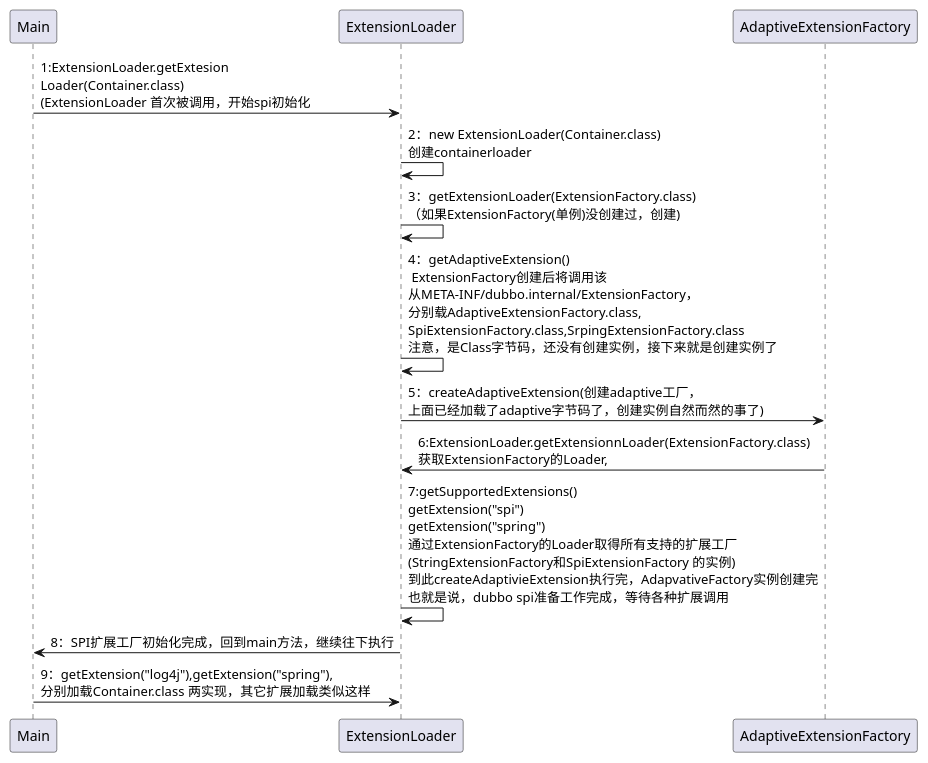
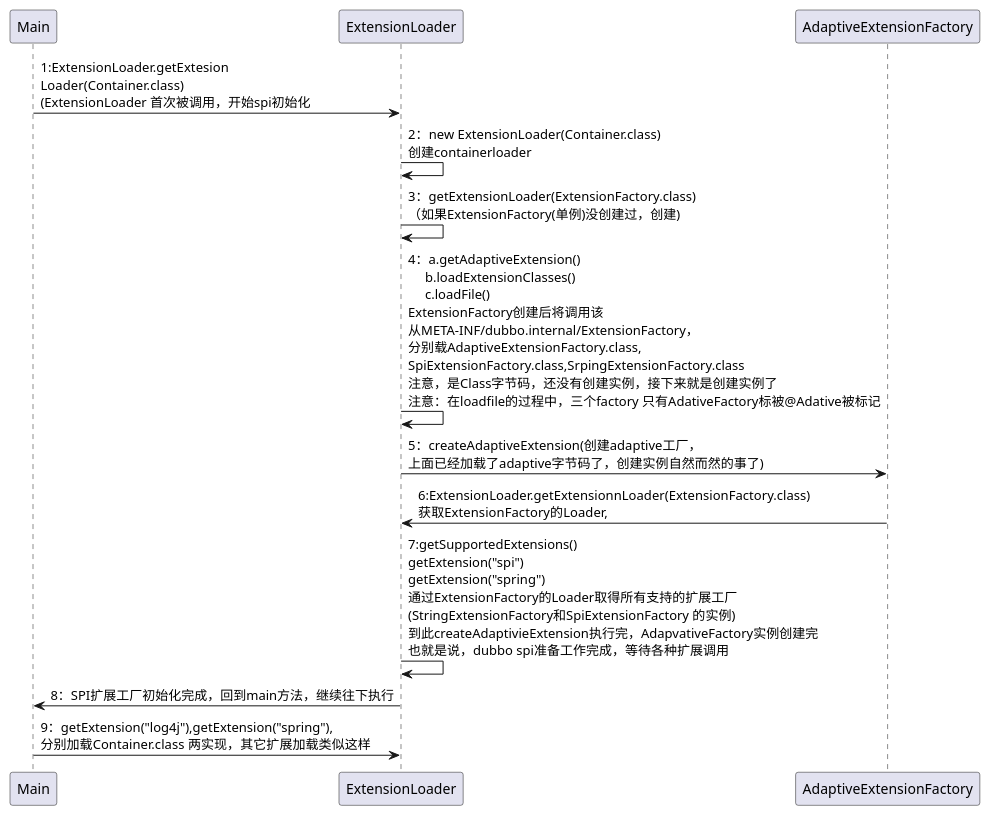
One commit to evefost/dubbo-parent changed the diagram in dubbo-demo/spi加载时序图.puml. Above: the diagram before and after it, drawn with PlantUML.

Commit message:
详解分析dubbo spi 加载程

```diff
--- a/dubbo-demo/spi加载时序图.puml
+++ b/dubbo-demo/spi加载时序图.puml
@@ -1,11 +1,11 @@
 @startuml
 Main-> ExtensionLoader:1:ExtensionLoader.getExtesion\nLoader(Container.class)\n(ExtensionLoader 首次被调用，开始spi初始化
 ExtensionLoader -> ExtensionLoader: 2：new ExtensionLoader(Container.class)\n创建containerloader
 ExtensionLoader -> ExtensionLoader: 3：getExtensionLoader(ExtensionFactory.class)\n（如果ExtensionFactory(单例)没创建过，创建)
-ExtensionLoader ->ExtensionLoader:4：getAdaptiveExtension()\n ExtensionFactory创建后将调用该\n从META-INF/dubbo.internal/ExtensionFactory，\n分别载AdaptiveExtensionFactory.class,\nSpiExtensionFactory.class,SrpingExtensionFactory.class\n注意，是Class字节码，还没有创建实例，接下来就是创建实例了
+ExtensionLoader ->ExtensionLoader:4：a.getAdaptiveExtension()\n     b.loadExtensionClasses()\n     c.loadFile()\nExtensionFactory创建后将调用该\n从META-INF/dubbo.internal/ExtensionFactory，\n分别载AdaptiveExtensionFactory.class,\nSpiExtensionFactory.class,SrpingExtensionFactory.class\n注意，是Class字节码，还没有创建实例，接下来就是创建实例了\n注意：在loadfile的过程中，三个factory 只有AdativeFactory标被@Adative被标记
 ExtensionLoader ->AdaptiveExtensionFactory:5：createAdaptiveExtension(创建adaptive工厂，\n上面已经加载了adaptive字节码了，创建实例自然而然的事了)
 AdaptiveExtensionFactory ->ExtensionLoader:6:ExtensionLoader.getExtensionnLoader(ExtensionFactory.class)\n获取ExtensionFactory的Loader,
 ExtensionLoader ->ExtensionLoader:7:getSupportedExtensions()\ngetExtension("spi")\ngetExtension("spring")\n通过ExtensionFactory的Loader取得所有支持的扩展工厂\n(StringExtensionFactory和SpiExtensionFactory 的实例)\n到此createAdaptivieExtension执行完，AdapvativeFactory实例创建完\n也就是说，dubbo spi准备工作完成，等待各种扩展调用
 ExtensionLoader -> Main:8：SPI扩展工厂初始化完成，回到main方法，继续往下执行
 Main -> ExtensionLoader:9：getExtension("log4j"),getExtension("spring"),\n分别加载Container.class 两实现，其它扩展加载类似这样
 @enduml
```
